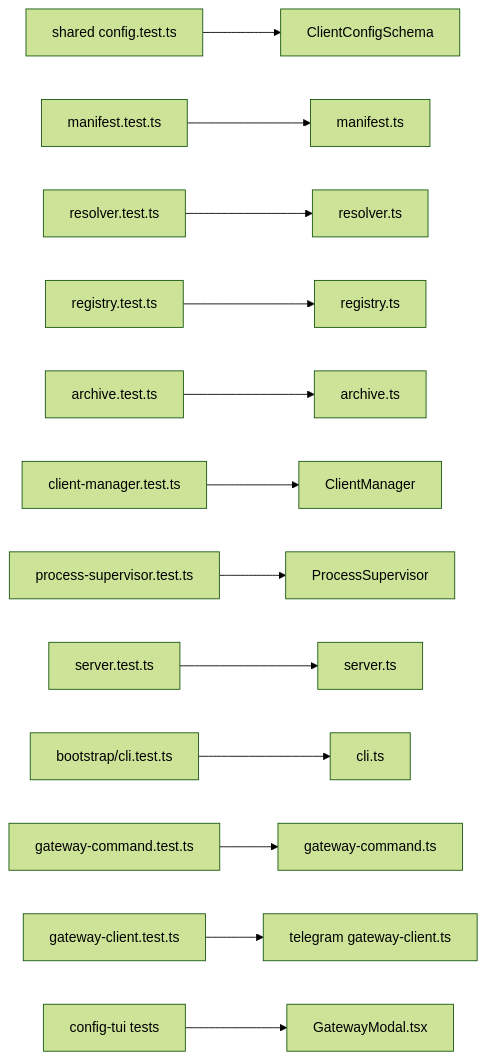
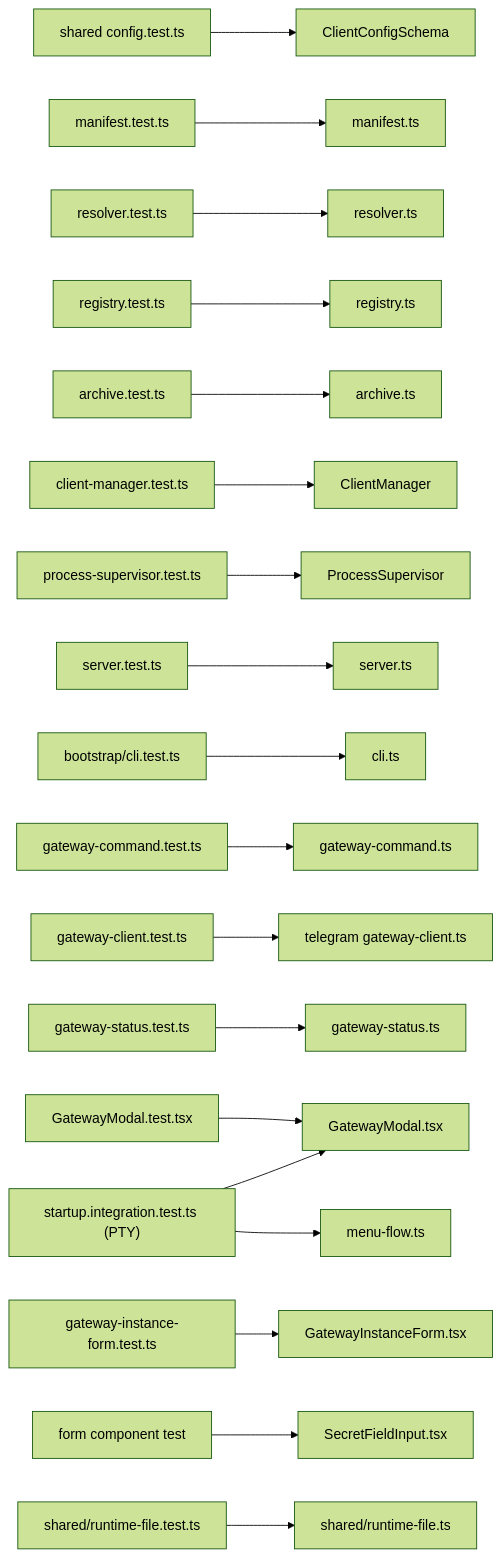
One commit to aokihu/atom_neo changed diagram 12 of 12 in docs/communication/atom_neo_2026-11-14_gateway_client_packaging_graph.md. Above: the diagram before and after it, drawn with Mermaid (forest theme). The commit also changed other lines of this file and 46 other files, not shown here.

````diff
--- a/docs/communication/atom_neo_2026-11-14_gateway_client_packaging_graph.md
+++ b/docs/communication/atom_neo_2026-11-14_gateway_client_packaging_graph.md
@@ -524,15 +563,21 @@
 ```mermaid
 graph LR
     SchemaTest["shared config.test.ts"] --> Schema["ClientConfigSchema"]
     ManifestTest["manifest.test.ts"] --> Manifest["manifest.ts"]
     ResolverTest["resolver.test.ts"] --> Resolver["resolver.ts"]
     RegistryTest["registry.test.ts"] --> Registry["registry.ts"]
     ArchiveTest["archive.test.ts"] --> Archive["archive.ts"]
     ManagerTest["client-manager.test.ts"] --> Manager["ClientManager"]
     SupervisorTest["process-supervisor.test.ts"] --> Supervisor["ProcessSupervisor"]
     ServerTest["server.test.ts"] --> Server["server.ts"]
     CliTest["bootstrap/cli.test.ts"] --> Cli["cli.ts"]
     CommandTest["gateway-command.test.ts"] --> Command["gateway-command.ts"]
     TgTest["gateway-client.test.ts"] --> TgClient["telegram gateway-client.ts"]
-    UiTest["config-tui tests"] --> Modal["GatewayModal.tsx"]
+    UiTest["GatewayModal.test.tsx"] --> Modal["GatewayModal.tsx"]
+    StatusTest["gateway-status.test.ts"] --> Status["gateway-status.ts"]
+    FormTest["gateway-instance-form.test.ts"] --> Form["GatewayInstanceForm.tsx"]
+    SecretTest["form component test"] --> Secret["SecretFieldInput.tsx"]
+    RuntimeTest["shared/runtime-file.test.ts"] --> Runtime["shared/runtime-file.ts"]
+    PtyTest["startup.integration.test.ts (PTY)"] --> Modal
+    PtyTest --> Menu["menu-flow.ts"]
 ```
````
